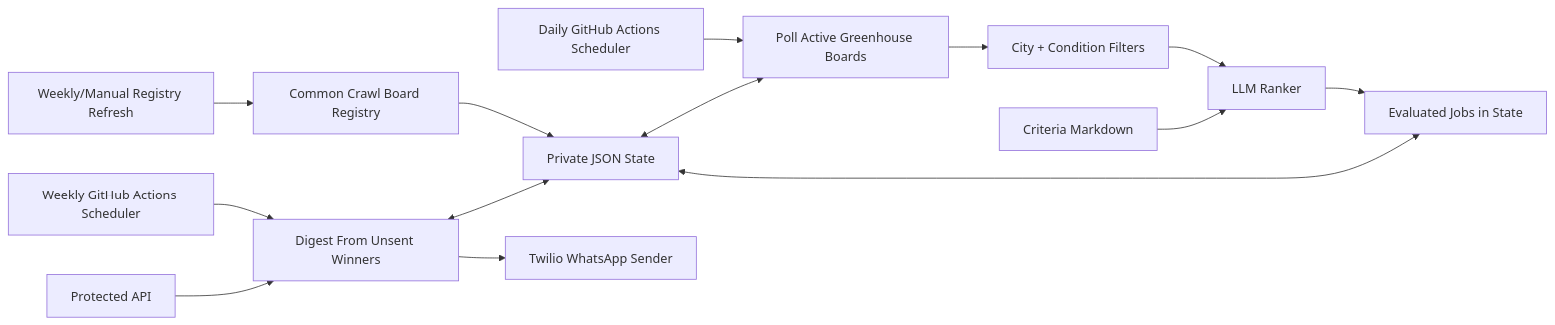
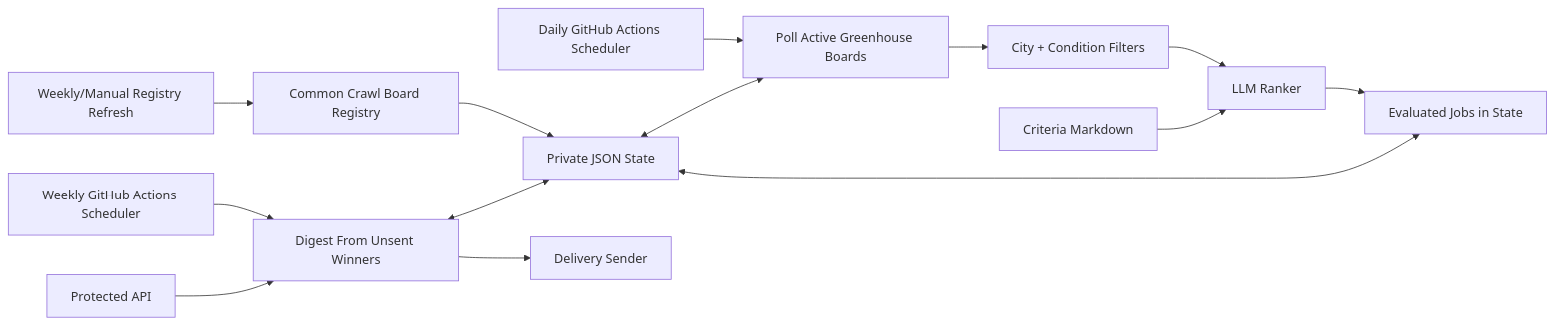
The diagram in README.md (GarrettAudet/schwarzman-opportunity-radar), drawn with Mermaid before and after one commit. The commit also changed other lines of this file and 10 other files, not shown here.

Commit message:
Add Microsoft Graph email delivery

````diff
--- a/README.md
+++ b/README.md
@@ -22,16 +22,16 @@
 ```mermaid
 flowchart LR
     A[Weekly/Manual Registry Refresh] --> B[Common Crawl Board Registry]
     B --> C[Private JSON State]
     D[Daily GitHub Actions Scheduler] --> E[Poll Active Greenhouse Boards]
     C <--> E
     E --> F[City + Condition Filters]
     F --> G[LLM Ranker]
     G --> H[Evaluated Jobs in State]
     H <--> C
     I[Weekly GitHub Actions Scheduler] --> J[Digest From Unsent Winners]
     J <--> C
-    J --> K[Twilio WhatsApp Sender]
+    J --> K[Delivery Sender]
     L[Protected API] --> J
     M[Criteria Markdown] --> G
 ```
````
